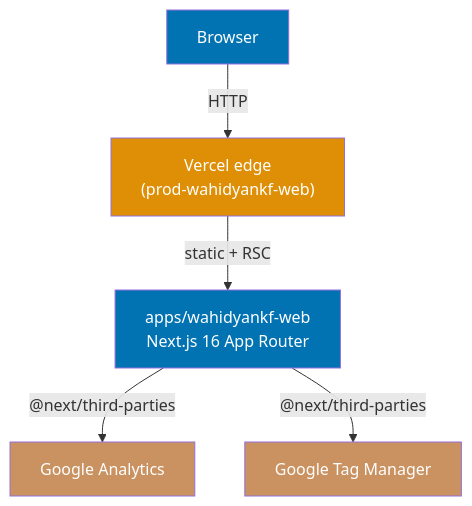
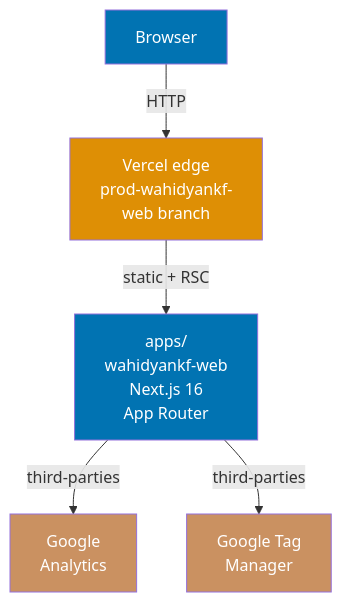
One commit to wahidyankf/open-sharia-enterprise changed the first of 4 diagrams in plans/in-progress/2026-04-19__adopt-wahidyankf-web/tech-docs.md. Above: the diagram before and after it, drawn with Mermaid. The commit also changed other lines of this file, not shown here.

First line of the commit message:
docs(plans): break long diagram labels so text fits inside node boxes

````diff
--- a/plans/in-progress/2026-04-19__adopt-wahidyankf-web/tech-docs.md
+++ b/plans/in-progress/2026-04-19__adopt-wahidyankf-web/tech-docs.md
@@ -13,13 +13,13 @@
 ```mermaid
 flowchart TD
-    Browser["Browser"] -->|HTTP| Vercel["Vercel edge<br/>(prod-wahidyankf-web)"]
-    Vercel -->|static + RSC| NextApp["apps/wahidyankf-web<br/>Next.js 16 App Router"]
-    NextApp -->|"@next/third-parties"| GA["Google Analytics"]
-    NextApp -->|"@next/third-parties"| GTM["Google Tag Manager"]
+    Browser["Browser"] -->|HTTP| Vercel["Vercel edge<br/>prod-wahidyankf-<br/>web branch"]
+    Vercel -->|static + RSC| NextApp["apps/<br/>wahidyankf-web<br/>Next.js 16<br/>App Router"]
+    NextApp -->|third-parties| GA["Google<br/>Analytics"]
+    NextApp -->|third-parties| GTM["Google Tag<br/>Manager"]
 
     style Browser fill:#0173B2,color:#fff
     style Vercel fill:#DE8F05,color:#fff
     style NextApp fill:#0173B2,color:#fff
     style GA fill:#CA9161,color:#fff
     style GTM fill:#CA9161,color:#fff
 ```
````
